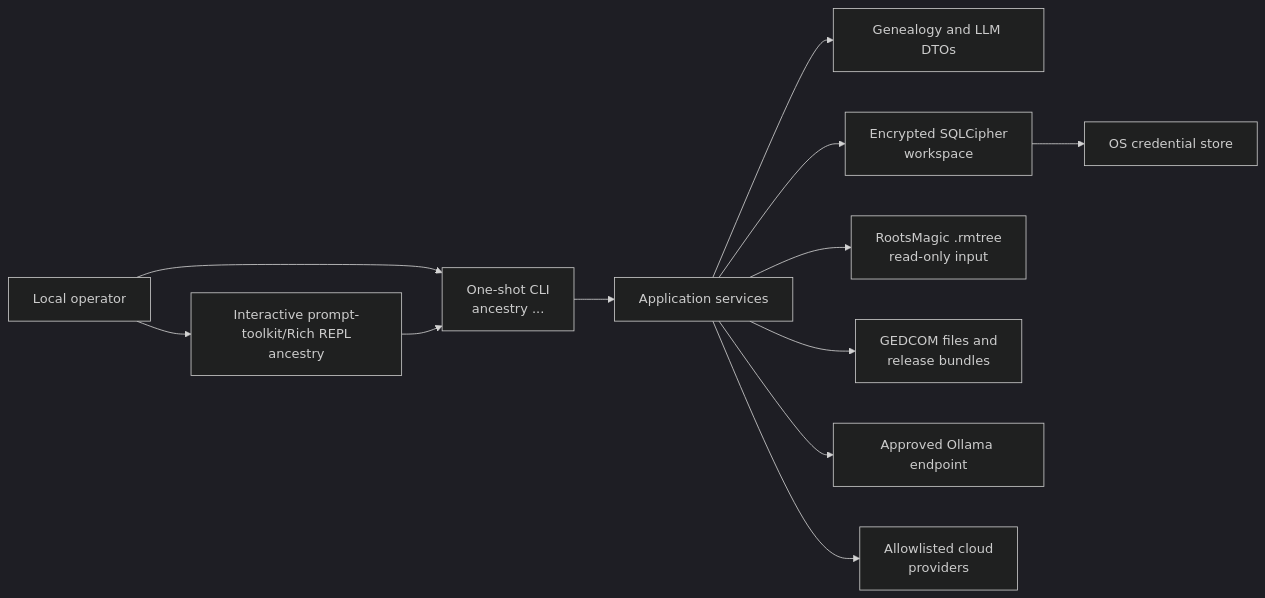
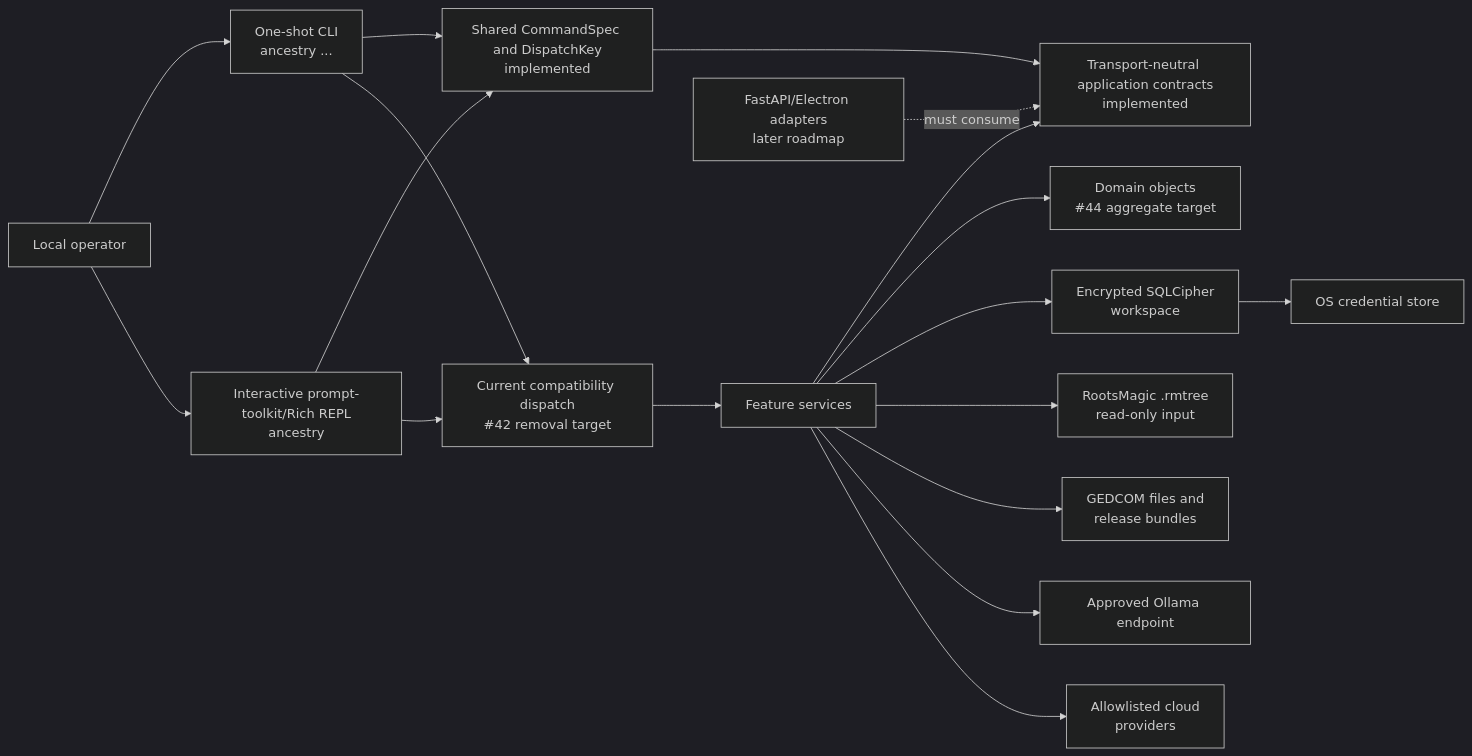
One commit to sodejm/AncestryLLM changed the first of 3 diagrams in ARCHITECTURE.md. Above: the diagram before and after it, drawn with Mermaid (dark theme). The commit also changed other lines of this file and 19 other files, not shown here.

Commit message:
build: enforce core architecture contracts

````diff
--- a/ARCHITECTURE.md
+++ b/ARCHITECTURE.md
@@ -48,26 +52,36 @@
 ```mermaid
 flowchart LR
     Operator["Local operator"]
     CLI["One-shot CLI\nancestry ..."]
     Console["Interactive prompt-toolkit/Rich REPL\nancestry"]
-    Services["Application services"]
-    Domain["Genealogy and LLM DTOs"]
+    Specs["Shared CommandSpec and DispatchKey\nimplemented"]
+    Contracts["Transport-neutral application contracts\nimplemented"]
+    Current["Current compatibility dispatch\n#42 removal target"]
+    Services["Feature services"]
+    Domain["Domain objects\n#44 aggregate target"]
     Workspace["Encrypted SQLCipher\nworkspace"]
     Keyring["OS credential store"]
     RM["RootsMagic .rmtree\nread-only input"]
     GED["GEDCOM files and\nrelease bundles"]
     LocalLLM["Approved Ollama endpoint"]
     Cloud["Allowlisted cloud\nproviders"]
+    Future["FastAPI/Electron adapters\nlater roadmap"]
 
     Operator --> CLI
     Operator --> Console
-    CLI --> Services
-    Console --> CLI
+    CLI --> Specs
+    Console --> Specs
+    CLI --> Current
+    Console --> Current
+    Current --> Services
+    Specs --> Contracts
+    Services --> Contracts
     Services --> Domain
     Services --> Workspace
     Workspace --> Keyring
     Services --> RM
     Services --> GED
     Services --> LocalLLM
     Services --> Cloud
+    Future -. "must consume" .-> Contracts
 ```
````
